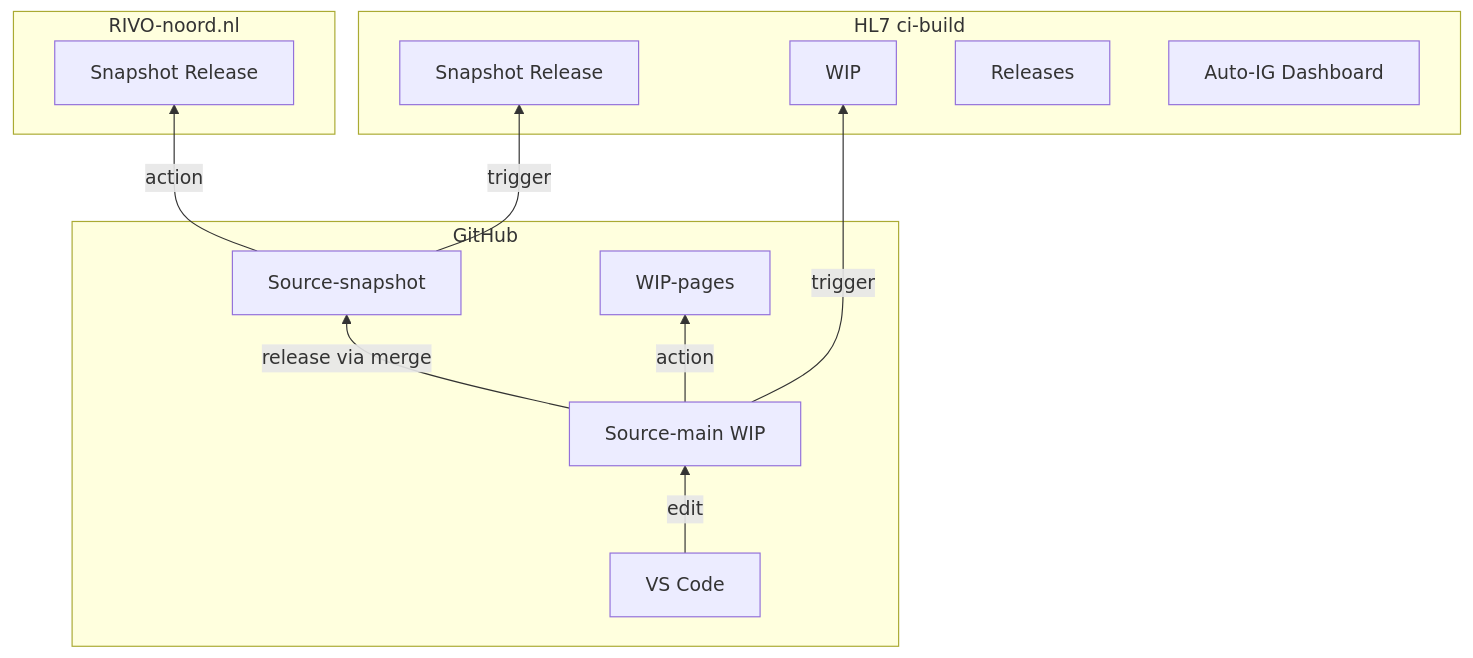
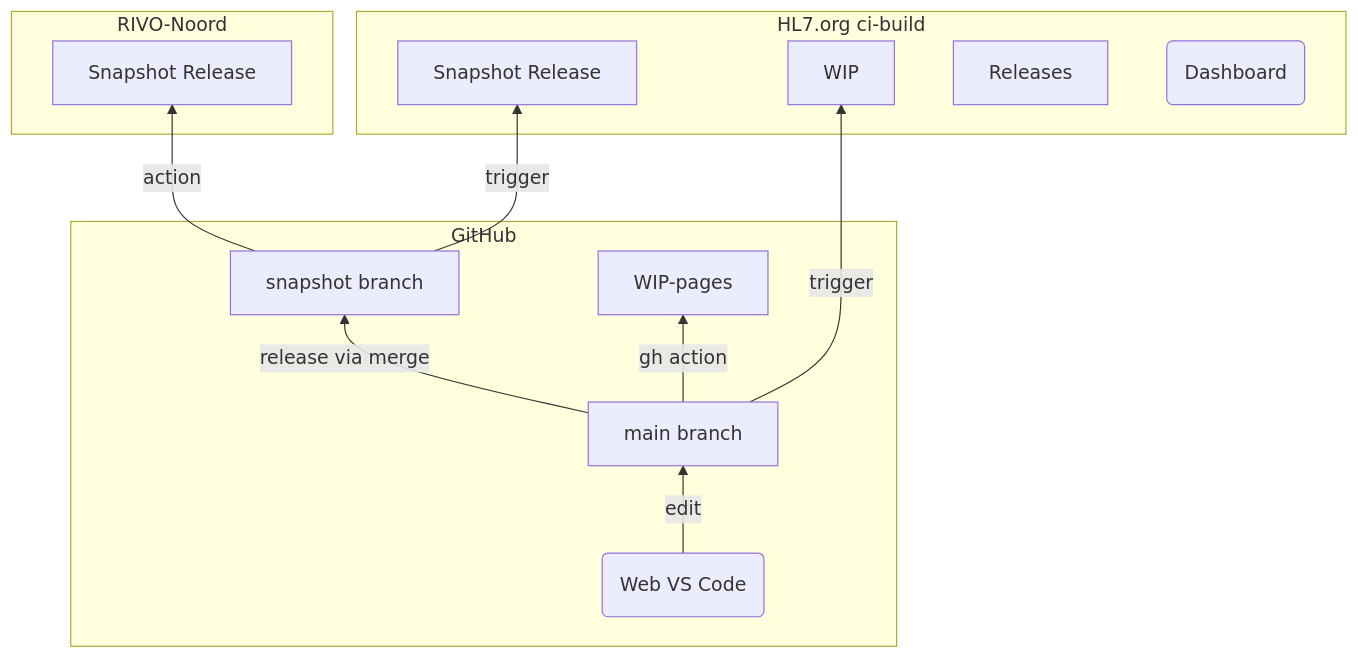
Before and after one commit to RIVO-Noord/zorgviewer-ig: the diagram in README.md, drawn with Mermaid.

Commit message:
minor adjustments

````diff
--- a/README.md
+++ b/README.md
@@ -10,30 +10,30 @@
 ```mermaid
 flowchart BT
-    subgraph HL7 ci-build
+    subgraph HL7.org ci-build
         ci0[WIP]
         ci1[Snapshot Release]
         ci2[Releases]
-        ci3[Auto-IG Dashboard]
+        ci3(Dashboard)
     end
     subgraph GitHub
-        gh0[Source-main WIP]--release via merge-->gh1[Source-snapshot]
-        gh0--action-->gh2[WIP-pages]
-        gh4[VS Code]--edit-->gh0
+        gh0[main branch]--release via merge-->gh1[snapshot branch]
+        gh0--gh action-->gh2[WIP-pages]
+        gh4(Web VS Code)--edit-->gh0
     end
-    subgraph RIVO-noord.nl
+    subgraph RIVO-Noord
         rivo[Snapshot Release]
     end
     gh1--action-->rivo
     gh0--trigger-->ci0
     gh1--trigger-->ci1
 
     click rivo "https://implementatgids.zorgviewer.nl" "-"
     click ci0 "https://build.fhir.org/ig/RIVO-Noord/zorgviewer-ig/" "-"
     click ci1 "https://build.fhir.org/ig/RIVO-Noord/zorgviewer-ig/branches/snapshot/" "-"
     click ci2 "https://build.fhir.org/ig/RIVO-Noord/zorgviewer-ig/branches/" "-"
     click ci3 "https://fhir.github.io/auto-ig-builder/" "-"
     click gh0 "https://github.com/RIVO-Noord/zorgviewer-ig/" "-"
     click gh1 "https://github.com/RIVO-Noord/zorgviewer-ig/tree/snapshot" "-"
     click gh2 "https://rivo-noord.github.io/zorgviewer-ig/" "-"
     click gh4 "https://github.dev/RIVO-Noord/zorgviewer-ig/" "-"
 ```
````
